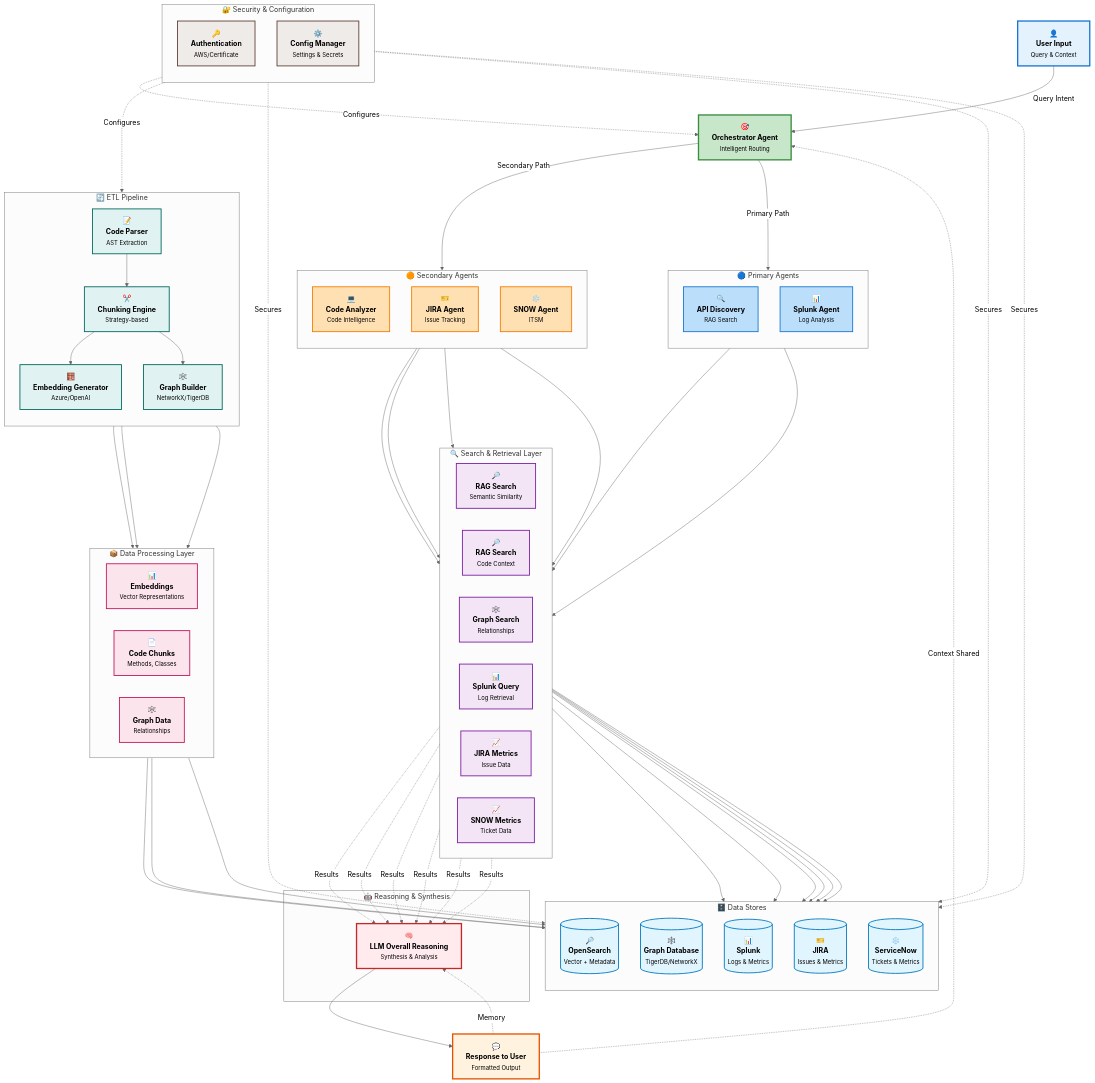
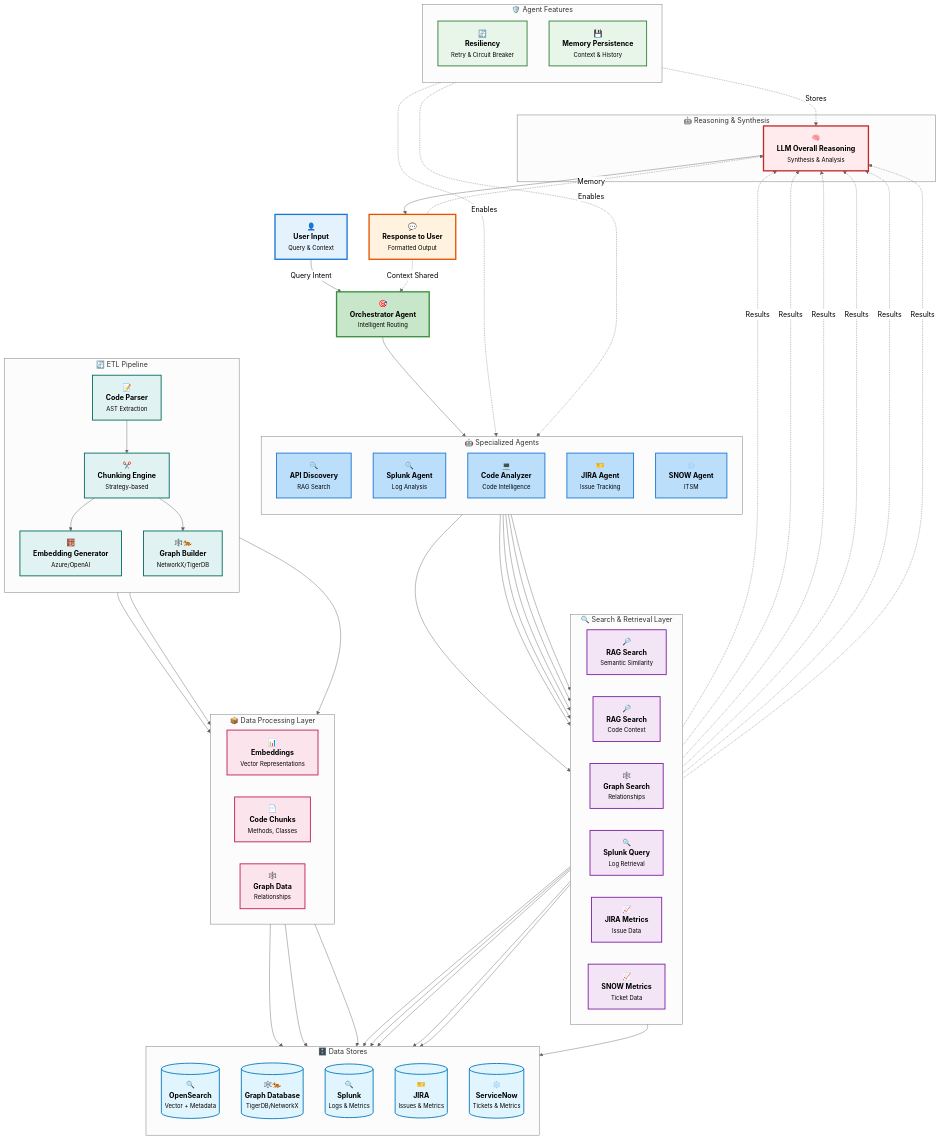
The diagram in etl_pipelines/README.md (magzine-ai/enterprise-chat-ui), drawn with Mermaid (neutral theme) before and after one commit. The commit also changed other lines of this file and 1 other file, not shown here.

Commit message:
Update architecture diagram: remove config/auth, add resiliency and memory persistence
- Removed Config Manager and Authentication components
- Consolidated agents into single layer (removed primary/secondary distinction)
- Added Agent Features section with Resiliency and Memory Persistence
- Updated icons for Splunk (SPL), JIRA, ServiceNow (SNOW), TigerDB (TDB), OpenSearch (OS)
- Updated Mermaid diagram and Python generator script
- Enhanced documentation with agent features details:
  * Resiliency: retry mechanisms, circuit breakers, graceful degradation
  * Memory Persistence: context retention, state management, LLM integration
- All agents now in single unified layer with equal treatment

````diff
--- a/etl_pipelines/README.md
+++ b/etl_pipelines/README.md
@@ -22,24 +22,18 @@
     %% Orchestrator - Central Hub
     Orchestrator[🎯<br/><b>Orchestrator Agent</b><br/><small>Intelligent Routing</small>]
     
-    %% Primary Agents - Left Side
-    subgraph PrimaryAgents["🔵 Primary Agents"]
+    %% Agents - Single Layer
+    subgraph Agents["🤖 Specialized Agents"]
         direction TB
         API[🔍<br/><b>API Discovery</b><br/><small>RAG Search</small>]
-        Splunk[📊<br/><b>Splunk Agent</b><br/><small>Log Analysis</small>]
-    end
-    
-    %% Secondary Agents - Right Side
-    subgraph SecondaryAgents["🟠 Secondary Agents"]
-        direction TB
+        Splunk[🔍<br/><b>Splunk Agent</b><br/><small>Log Analysis</small>]
         CodeAnalyzer[💻<br/><b>Code Analyzer</b><br/><small>Code Intelligence</small>]
         JIRA[🎫<br/><b>JIRA Agent</b><br/><small>Issue Tracking</small>]
         SNOW[❄️<br/><b>SNOW Agent</b><br/><small>ITSM</small>]
     end
     
     %% Orchestrator Routes
-    Orchestrator -->|Primary Path| PrimaryAgents
-    Orchestrator -->|Secondary Path| SecondaryAgents
+    Orchestrator --> Agents
     
     %% Search Mechanisms
     subgraph SearchLayer["🔍 Search & Retrieval Layer"]
@@ -47,7 +41,7 @@
         RAG1[🔎<br/><b>RAG Search</b><br/><small>Semantic Similarity</small>]
         RAG2[🔎<br/><b>RAG Search</b><br/><small>Code Context</small>]
         GraphSearch[🕸️<br/><b>Graph Search</b><br/><small>Relationships</small>]
-        SplunkQuery[📊<br/><b>Splunk Query</b><br/><small>Log Retrieval</small>]
+        SplunkQuery[🔍<br/><b>Splunk Query</b><br/><small>Log Retrieval</small>]
         JIRAMetrics[📈<br/><b>JIRA Metrics</b><br/><small>Issue Data</small>]
         SNOWMetrics[📈<br/><b>SNOW Metrics</b><br/><small>Ticket Data</small>]
     end
@@ -63,9 +57,9 @@
     %% Data Stores - Bottom Layer
     subgraph DataStores["🗄️ Data Stores"]
         direction TB
-        OpenSearch[(🔎<br/><b>OpenSearch</b><br/><small>Vector + Metadata</small>)]
-        GraphDB[(🕸️<br/><b>Graph Database</b><br/><small>TigerDB/NetworkX</small>)]
-        SplunkStore[(📊<br/><b>Splunk</b><br/><small>Logs & Metrics</small>)]
+        OpenSearch[(🔍<br/><b>OpenSearch</b><br/><small>Vector + Metadata</small>)]
+        GraphDB[(🕸️🐅<br/><b>Graph Database</b><br/><small>TigerDB/NetworkX</small>)]
+        SplunkStore[(🔍<br/><b>Splunk</b><br/><small>Logs & Metrics</small>)]
         JIRAStore[(🎫<br/><b>JIRA</b><br/><small>Issues & Metrics</small>)]
         SNOWStore[(❄️<br/><b>ServiceNow</b><br/><small>Tickets & Metrics</small>)]
     end
@@ -92,7 +86,7 @@
         Parser[📝<br/><b>Code Parser</b><br/><small>AST Extraction</small>]
         Chunker[✂️<br/><b>Chunking Engine</b><br/><small>Strategy-based</small>]
         Embedder[🧮<br/><b>Embedding Generator</b><br/><small>Azure/OpenAI</small>]
-        GraphBuilder[🕸️<br/><b>Graph Builder</b><br/><small>NetworkX/TigerDB</small>]
+        GraphBuilder[🕸️🐅<br/><b>Graph Builder</b><br/><small>NetworkX/TigerDB</small>]
         
         Parser --> Chunker
         Chunker --> Embedder
@@ -129,19 +123,17 @@
     Response -.->|Context Shared| Orchestrator
     Response -.->|Memory| LLM
     
-    %% Security & Configuration - Top Right
-    subgraph Security["🔐 Security & Configuration"]
+    %% Agent Features
+    subgraph AgentFeatures["🛡️ Agent Features"]
         direction TB
-        Auth[🔑<br/><b>Authentication</b><br/><small>AWS/Certificate</small>]
-        Config[⚙️<br/><b>Config Manager</b><br/><small>Settings & Secrets</small>]
+        Resiliency[🔄<br/><b>Resiliency</b><br/><small>Retry & Circuit Breaker</small>]
+        Memory[💾<br/><b>Memory Persistence</b><br/><small>Context & History</small>]
     end
     
-    %% Security Connections
-    Auth -.->|Secures| OpenSearch
-    Auth -.->|Secures| GraphDB
-    Auth -.->|Secures| SplunkStore
-    Config -.->|Configures| Orchestrator
-    Config -.->|Configures| ETLPipeline
+    %% Agent Features Connections
+    Resiliency -.->|Enables| Agents
+    Memory -.->|Enables| Agents
+    Memory -.->|Stores| LLM
     
     %% Styling with better colors and UX
     classDef userStyle fill:#E3F2FD,stroke:#1976D2,stroke-width:3px,color:#000
@@ -154,17 +146,16 @@
     classDef etlStyle fill:#E0F2F1,stroke:#00695C,stroke-width:2px,color:#000
     classDef llmStyle fill:#FFEBEE,stroke:#C62828,stroke-width:3px,color:#000
     classDef responseStyle fill:#FFF3E0,stroke:#E65100,stroke-width:3px,color:#000
-    classDef securityStyle fill:#EFEBE9,stroke:#5D4037,stroke-width:2px,color:#000
+    classDef featureStyle fill:#E8F5E9,stroke:#2E7D32,stroke-width:2px,color:#000
     
     class User userStyle
     class Orchestrator orchestratorStyle
-    class API,Splunk primaryAgentStyle
-    class CodeAnalyzer,JIRA,SNOW secondaryAgentStyle
+    class API,Splunk,CodeAnalyzer,JIRA,SNOW primaryAgentStyle
     class RAG1,RAG2,GraphSearch,SplunkQuery,JIRAMetrics,SNOWMetrics searchStyle
     class OpenSearch,GraphDB,SplunkStore,JIRAStore,SNOWStore dataStoreStyle
     class Embeddings,Chunks,GraphData dataLayerStyle
     class Parser,Chunker,Embedder,GraphBuilder etlStyle
     class LLM llmStyle
     class Response responseStyle
-    class Auth,Config securityStyle
+    class Resiliency,Memory featureStyle
 ```
````
